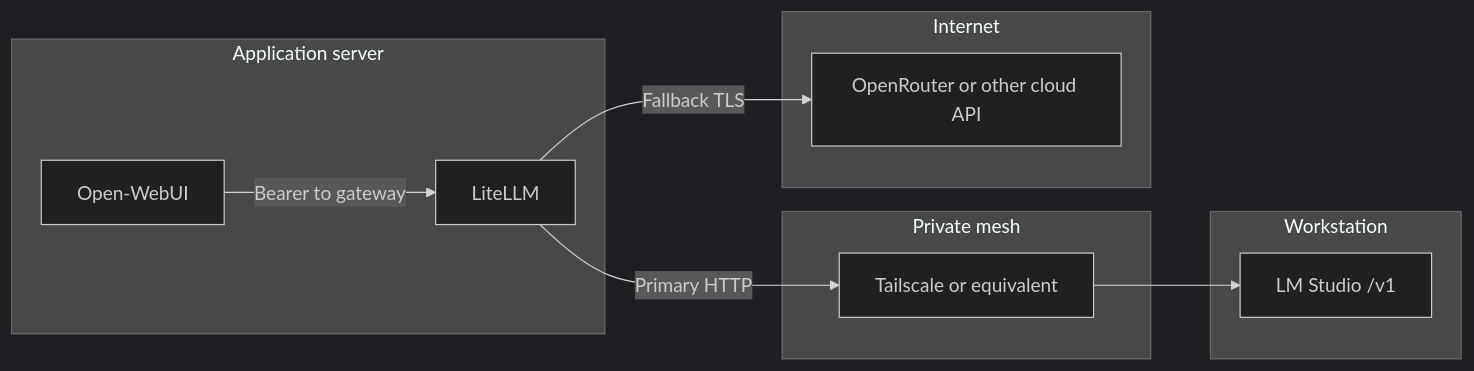
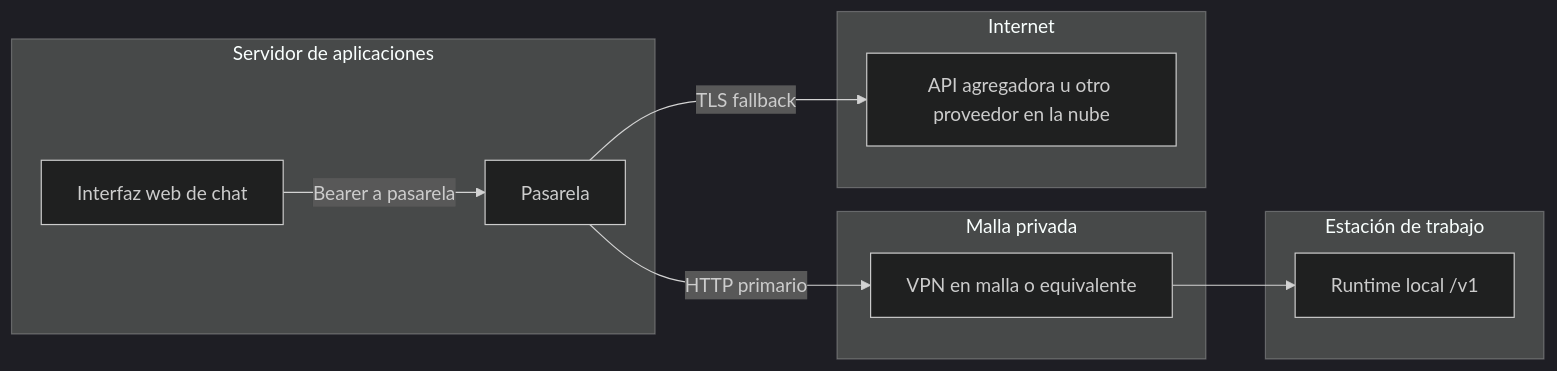
Before and after one commit to 13g4d0/docu-es: the first of 2 diagrams in docs/as-built/inference-gateway.md, drawn with Mermaid (dark theme). The commit also changed other lines of this file and 38 other files, not shown here.

````diff
--- a/docs/as-built/inference-gateway.md
+++ b/docs/as-built/inference-gateway.md
@@ -10,24 +10,24 @@
 ```mermaid
 flowchart LR
-  subgraph vps [Application server]
-    OW[Open-WebUI]
-    LL[LiteLLM]
+  subgraph vps [Servidor de aplicaciones]
+    OW[Interfaz web de chat]
+    LL[Pasarela]
   end
 
-  subgraph mesh [Private mesh]
-    TS[Tailscale or equivalent]
+  subgraph mesh [Malla privada]
+    TS[VPN en malla o equivalente]
   end
 
-  subgraph pc [Workstation]
-    LMS[LM Studio /v1]
+  subgraph pc [Estación de trabajo]
+    LMS[Runtime local /v1]
   end
 
   subgraph internet [Internet]
-    OR[OpenRouter or other cloud API]
+    OR[API agregadora u otro proveedor en la nube]
   end
 
-  OW -->|Bearer to gateway| LL
-  LL -->|Primary HTTP| TS
+  OW -->|Bearer a pasarela| LL
+  LL -->|HTTP primario| TS
   TS --> LMS
-  LL -->|Fallback TLS| OR
+  LL -->|TLS fallback| OR
 ```
````
